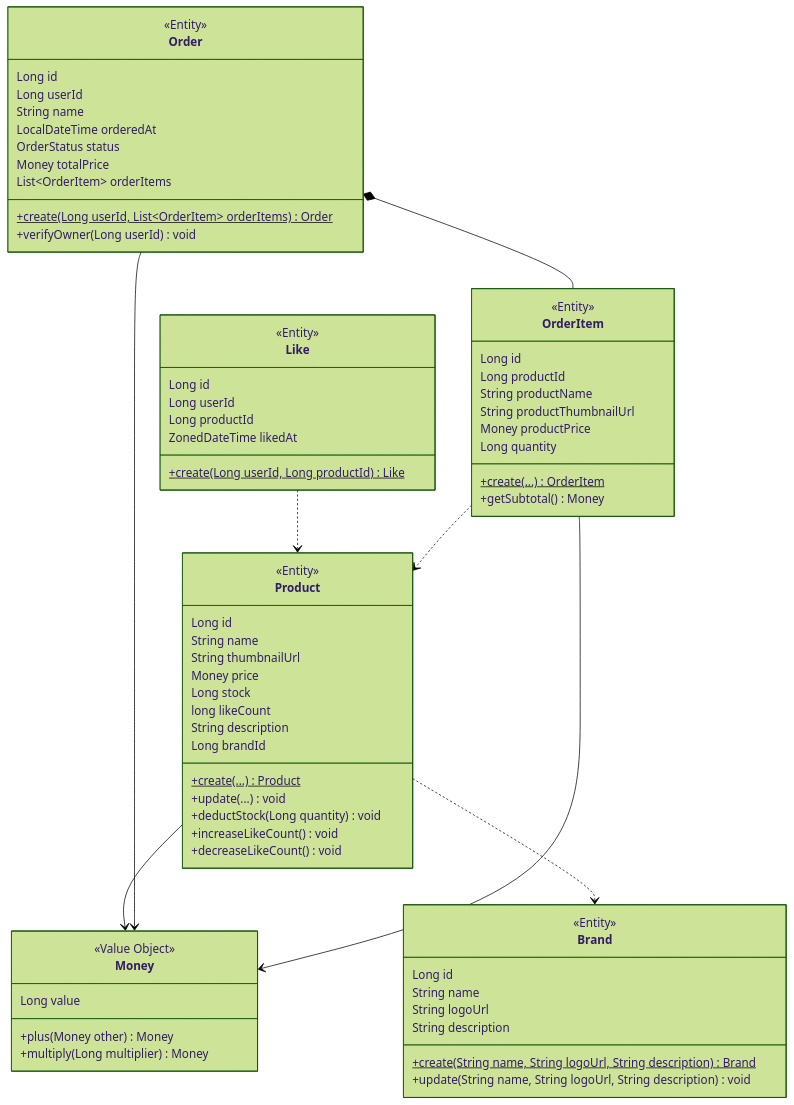
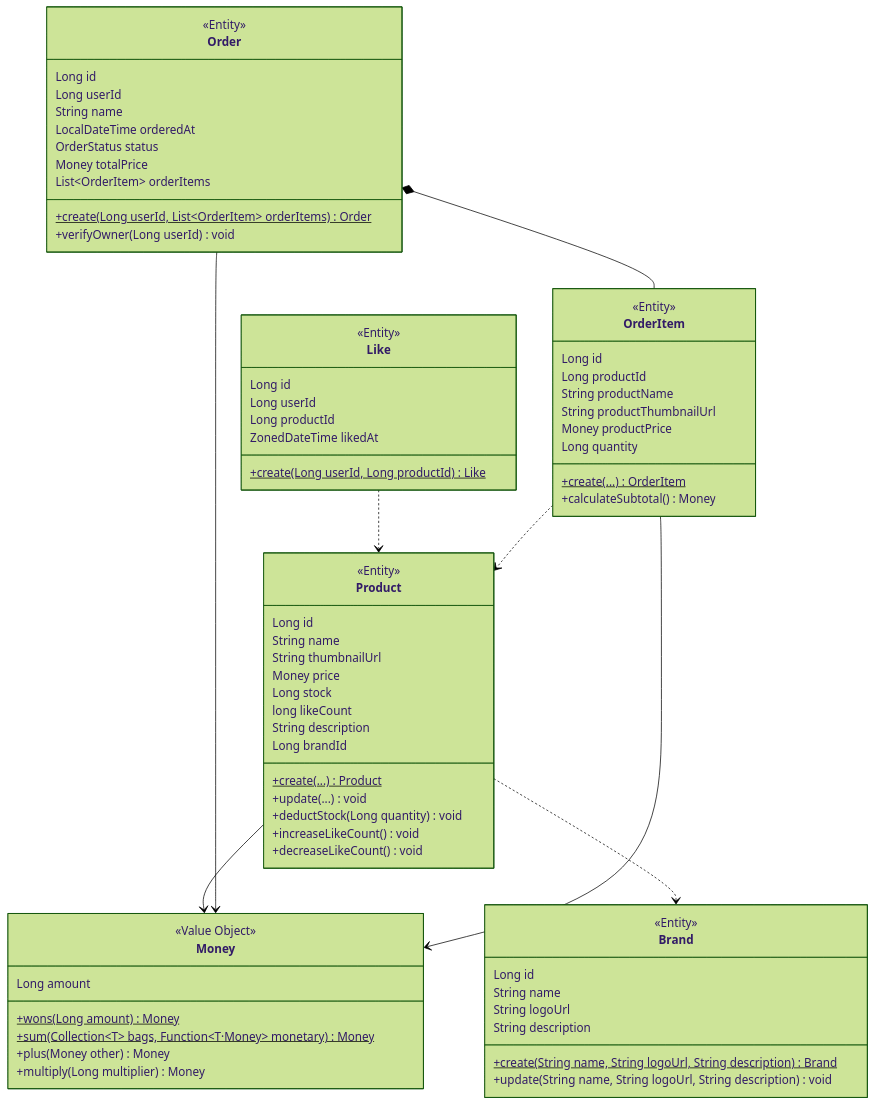
One commit to Loopers-dev-lab/loop-pack-be-l2-vol3-java changed the diagram in .docs/design/03-class-diagram.md. Above: the diagram before and after it, drawn with Mermaid (forest theme). The commit also changed 27 other files, not shown here.

```diff
--- a/.docs/design/03-class-diagram.md
+++ b/.docs/design/03-class-diagram.md
@@ -39,7 +39,9 @@
     %% ── 공통 ──
     class Money {
         <<Value Object>>
-        Long value
+        Long amount
+        +wons(Long amount)$ Money
+        +sum(Collection~T~ bags, Function~T·Money~ monetary)$ Money
         +plus(Money other) Money
         +multiply(Long multiplier) Money
     }
@@ -106,7 +108,7 @@
         Money productPrice
         Long quantity
         +create(...)$ OrderItem
-        +getSubtotal() Money
+        +calculateSubtotal() Money
     }
 
     %% ── Product 관계 ──
```
